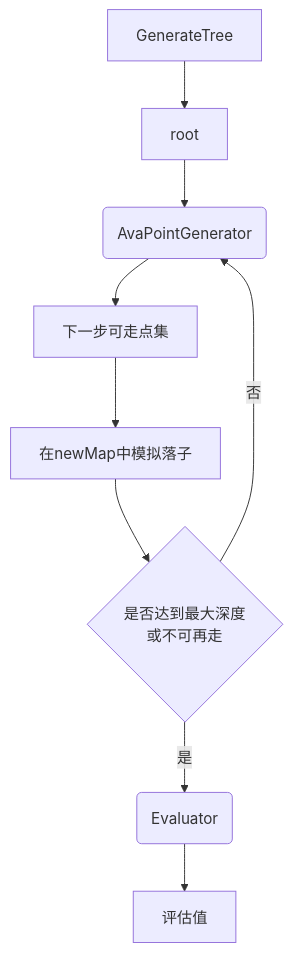
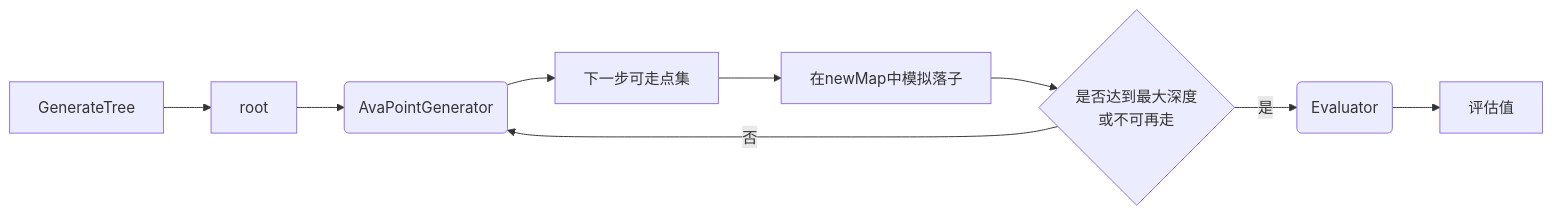
The fifth of 12 diagrams in Document/doc.md (TwilightLemon/GobangCat), drawn with Mermaid before and after one commit. The commit also changed other lines of this file and 5 other files, not shown here.

````diff
--- a/Document/doc.md
+++ b/Document/doc.md
@@ -72,6 +72,6 @@
 ```mermaid
-graph TD;
+graph LR;
     GenerateTree-->root[root];
     root-->g(AvaPointGenerator)-->下一步可走点集-->在newMap中模拟落子-->if{是否达到最大深度\n或不可再走}-->|是|eva(Evaluator)-->评估值
     if-->|否|g
 ```
````
